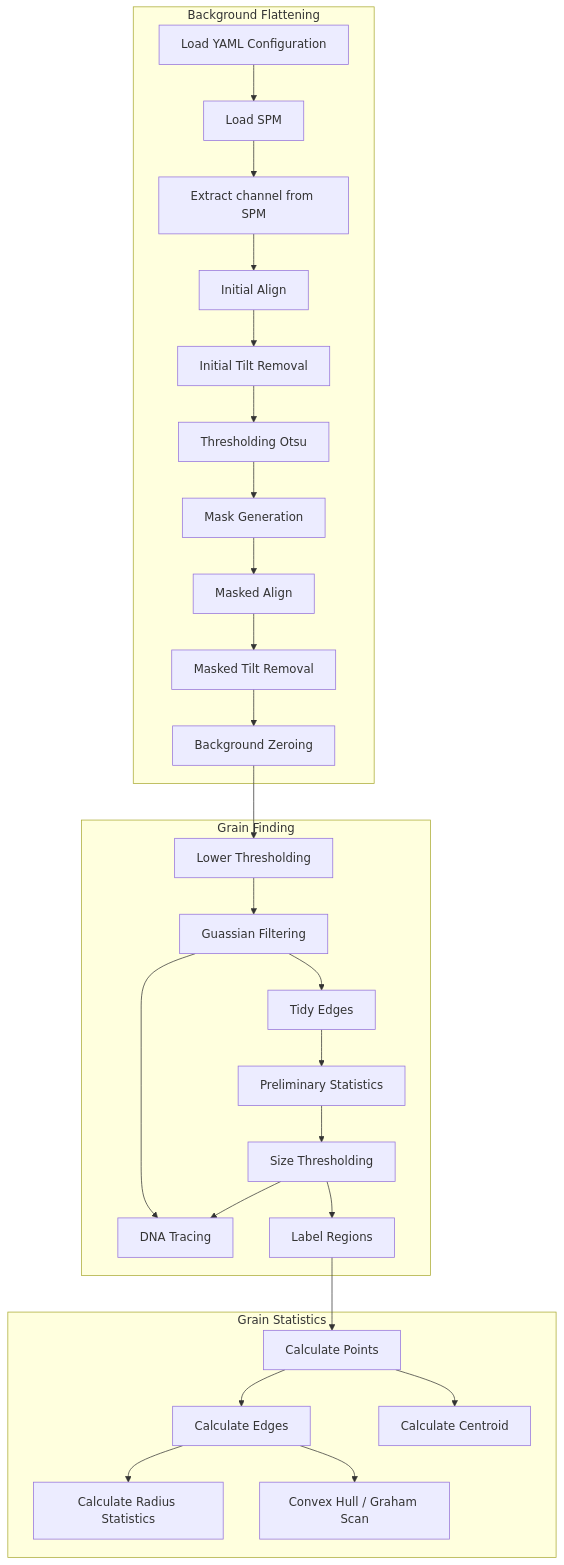
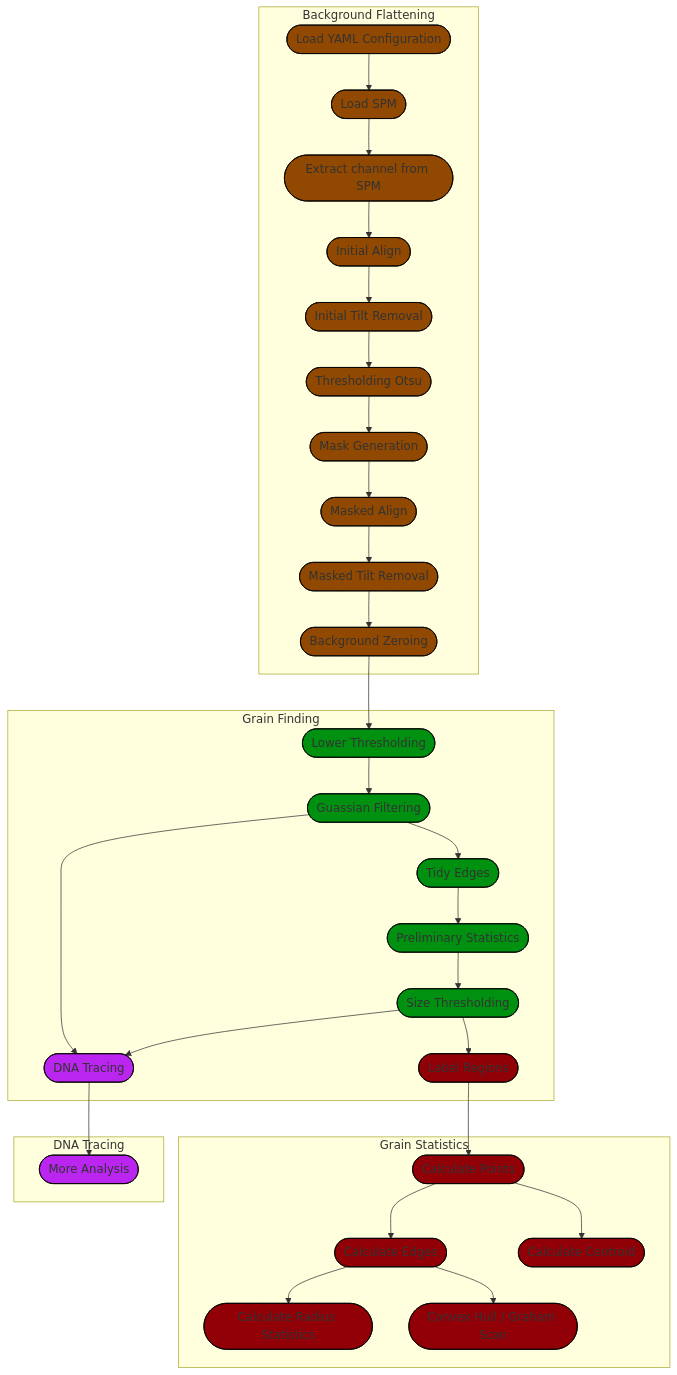
One commit to AFM-SPM/TopoStats changed the diagram in docs/workflow.md. Above: the diagram before and after it, drawn with Mermaid.

Commit message:
162 | colours boxes on flow diagram

````diff
--- a/docs/workflow.md
+++ b/docs/workflow.md
@@ -12,33 +12,61 @@
 ```{mermaid}
+%%{init: {'theme': 'base',
+         }
+}%%
 graph TD;
 
   subgraph Background Flattening
-  A1[Load YAML Configuration] --> A2[Load SPM]
-  A2 --> A3[Extract channel from SPM]
-  A3 --> A4[Initial Align]
-  A4 --> A5[Initial Tilt Removal]
-  A5 --> A6[Thresholding Otsu]
-  A6 --> A7[Mask Generation]
-  A7 --> A8[Masked Align]
-  A8 --> A9[Masked Tilt Removal]
-  A9 --> B1[Background Zeroing]
+  A1([Load YAML Configuration]) --> A2([Load SPM])
+  A2 --> A3([Extract channel from SPM])
+  A3 --> A4([Initial Align])
+  A4 --> A5([Initial Tilt Removal])
+  A5 --> A6([Thresholding Otsu])
+  A6 --> A7([Mask Generation])
+  A7 --> A8([Masked Align])
+  A8 --> A9([Masked Tilt Removal])
+  A9 --> A10([Background Zeroing])
   end
   subgraph Grain Finding
-  B1 --> B2[Lower Thresholding]
-  B2 --> B3[Guassian Filtering]
-  B3 --> B4[Tidy Edges]
-  B3 --> D1[DNA Tracing]
-  B4 --> B5[Preliminary Statistics]
-  B5 --> B6[Size Thresholding]
-  B6 --> C1[Label Regions]
-  B6 --> D1
+  A10 --> B1([Lower Thresholding])
+  B1 --> B2([Guassian Filtering])
+  B2 --> B3([Tidy Edges])
+  B2 --> D1([DNA Tracing])
+  B3 --> B4([Preliminary Statistics])
+  B4 --> B5([Size Thresholding])
+  B5 --> C1([Label Regions])
+  B5 --> D1
   end
   subgraph Grain Statistics
-  C1 --> C2[Calculate Points]
-  C2 --> C3[Calculate Edges]
-  C2 --> C4[Calculate Centroid]
-  C3 --> C5[Calculate Radius Statistics]
-  C3 --> C6[Convex Hull / Graham Scan]
+  C1 --> C2([Calculate Points])
+  C2 --> C3([Calculate Edges])
+  C2 --> C4([Calculate Centroid])
+  C3 --> C5([Calculate Radius Statistics])
+  C3 --> C6([Convex Hull / Graham Scan])
   end
-
+  subgraph DNA Tracing
+  D1 --> D2([More Analysis])
+  end
+  style A1 fill:#914800,stroke:#000000
+  style A2 fill:#914800,stroke:#000000
+  style A3 fill:#914800,stroke:#000000
+  style A4 fill:#914800,stroke:#000000
+  style A5 fill:#914800,stroke:#000000
+  style A6 fill:#914800,stroke:#000000
+  style A7 fill:#914800,stroke:#000000
+  style A8 fill:#914800,stroke:#000000
+  style A9 fill:#914800,stroke:#000000
+  style A10 fill:#914800,stroke:#000000
+  style B1 fill:#009110,stroke:#000000
+  style B2 fill:#009110,stroke:#000000
+  style B3 fill:#009110,stroke:#000000
+  style B4 fill:#009110,stroke:#000000
+  style B5 fill:#009110,stroke:#000000
+  style C1 fill:#910007,stroke:#000000
+  style C2 fill:#910007,stroke:#000000
+  style C3 fill:#910007,stroke:#000000
+  style C4 fill:#910007,stroke:#000000
+  style C5 fill:#910007,stroke:#000000
+  style C6 fill:#910007,stroke:#000000
+  style D1 fill:#ba26f0,stroke:#000000
+  style D2 fill:#ba26f0,stroke:#000000
 ```
````
